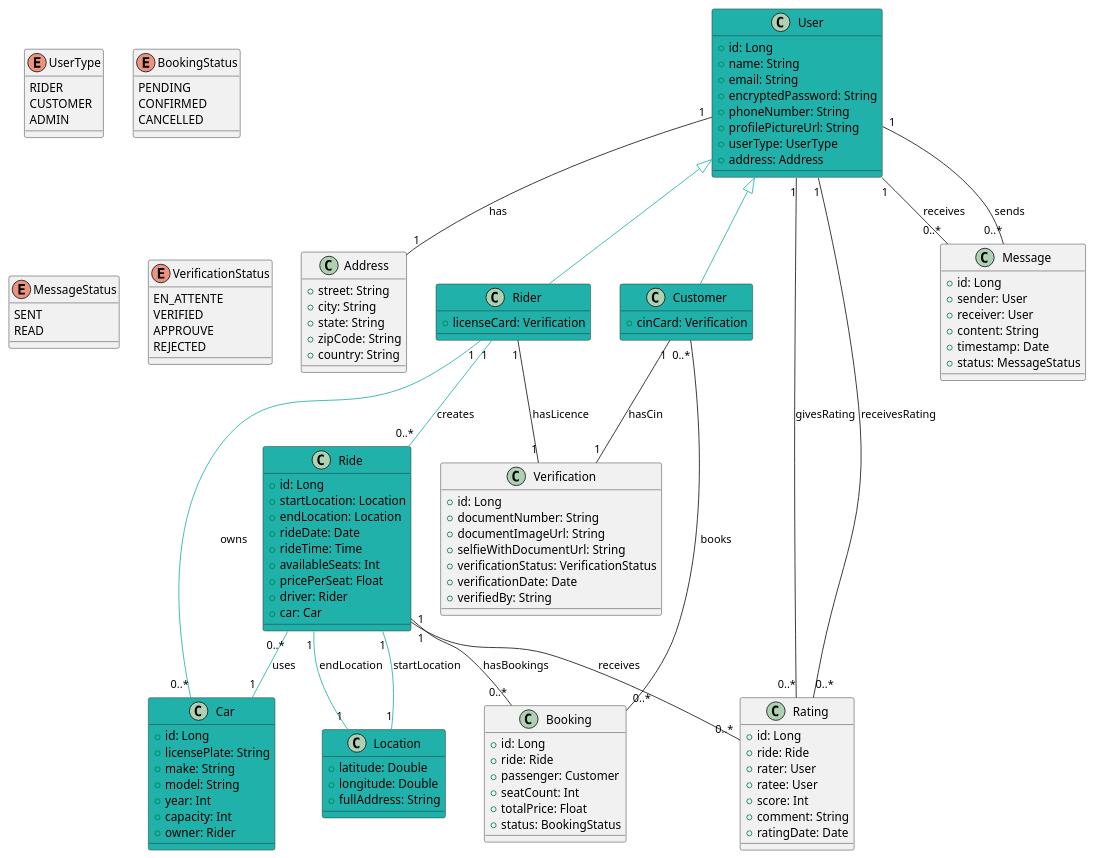
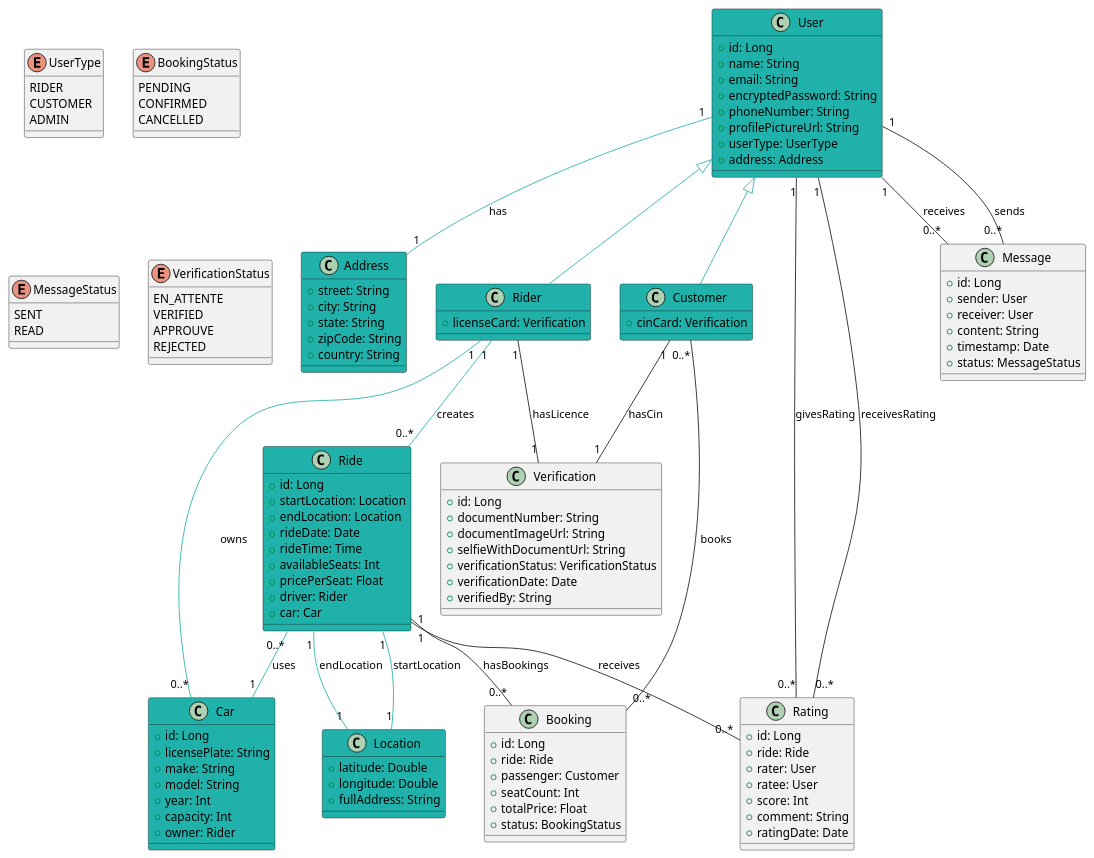
The diagram in MyRide.plantuml (Mk-1000/my-ride-api), drawn with PlantUML before and after one commit. The commit also changed 54 other files, not shown here.

```diff
--- a/MyRide.plantuml
+++ b/MyRide.plantuml
@@ -1,143 +1,143 @@
 @startuml
 class User #LightSeaGreen {
   +id: Long
   +name: String
   +email: String
   +encryptedPassword: String
   +phoneNumber: String
   +profilePictureUrl: String
   +userType: UserType
   +address: Address
 }
 
-class Address {
+class Address #LightSeaGreen {
   +street: String
   +city: String
   +state: String
   +zipCode: String
   +country: String
 }
 
 class Location #LightSeaGreen {
   +latitude: Double
   +longitude: Double
   +fullAddress: String
 }
 
 class Rider #LightSeaGreen {
   +licenseCard: Verification
 }
 
 class Verification {
   +id: Long
   +documentNumber: String
   +documentImageUrl: String
   +selfieWithDocumentUrl: String
   +verificationStatus: VerificationStatus
   +verificationDate: Date
   +verifiedBy: String
 }
 
 class Customer #LightSeaGreen{
     +cinCard: Verification
 }
 
 class Car #LightSeaGreen{
   +id: Long
   +licensePlate: String
   +make: String
   +model: String
   +year: Int
   +capacity: Int
   +owner: Rider
 }
 
 class Ride #LightSeaGreen {
   +id: Long
   +startLocation: Location
   +endLocation: Location
   +rideDate: Date
   +rideTime: Time
   +availableSeats: Int
   +pricePerSeat: Float
   +driver: Rider
   +car: Car
 }
 
 class Booking {
   +id: Long
   +ride: Ride
   +passenger: Customer
   +seatCount: Int
   +totalPrice: Float
   +status: BookingStatus
 }
 
 class Rating {
   +id: Long
   +ride: Ride
   +rater: User
   +ratee: User
   +score: Int
   +comment: String
   +ratingDate: Date
 }
 
 class Message {
   +id: Long
   +sender: User
   +receiver: User
   +content: String
   +timestamp: Date
   +status: MessageStatus
 }
 
 enum UserType {
   RIDER
   CUSTOMER
   ADMIN
 }
 
 enum BookingStatus {
   PENDING
   CONFIRMED
   CANCELLED
 }
 
 enum MessageStatus {
   SENT
   READ
 }
 
 ' Waiting for verification (initial state)
 ' Good detection by AI (automated status)
 ' Final approval by support team
 ' Rejected by support team or failed AI verification
 
 enum VerificationStatus {
   EN_ATTENTE
   VERIFIED
   APPROUVE
   REJECTED
 }
 
 ' Relationships
 Customer "1" -- "1" Verification: hasCin
 Rider "1" -- "1" Verification: hasLicence
-User "1" -- "1" Address: has
+User "1" -- "1" Address #LightSeaGreen: has
 
 User <|-- Rider #LightSeaGreen
 User <|-- Customer #LightSeaGreen
 Rider "1" -- "0..*" Car #LightSeaGreen : owns
 Rider "1" -- "0..*" Ride #LightSeaGreen : creates 
 Ride "0..*" -- "1" Car #LightSeaGreen : uses
 Ride "1" -- "0..*" Booking: hasBookings
 Customer "0..*" -- "0..*" Booking: books
 Ride "1" -- "0..*" Rating: receives
 User "1" -- "0..*" Rating: givesRating
 User "1" -- "0..*" Rating: receivesRating
 User "1" -- "0..*" Message: sends
 User "1" -- "0..*" Message: receives
 Ride "1" -- "1" Location #LightSeaGreen : startLocation
 Ride "1" -- "1" Location #LightSeaGreen : endLocation
 @enduml
```
